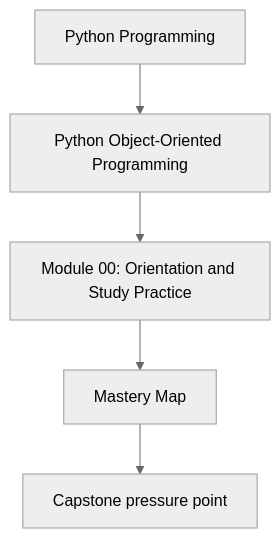
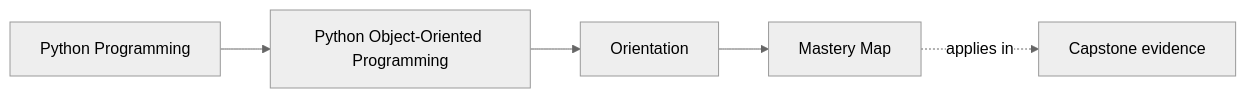
The first of 2 diagrams in programs/python-programming/python-object-oriented-programming/course-book/module-00-orientation/mastery-map.md (bijux/bijux-masterclass), drawn with Mermaid (neutral theme) before and after one commit. The commit also changed other lines of this file and 65 other files, not shown here.

Commit message:
docs(python-object-oriented-programming): map object model and design foundations

````diff
--- a/programs/python-programming/python-object-oriented-programming/course-book/module-00-orientation/mastery-map.md
+++ b/programs/python-programming/python-object-oriented-programming/course-book/module-00-orientation/mastery-map.md
@@ -6,7 +6,11 @@
 ```mermaid
-flowchart TD
-  family["Python Programming"] --> program["Python Object-Oriented Programming"]
-  program --> module["Module 00: Orientation and Study Practice"]
-  module --> concept["Mastery Map"]
-  concept --> capstone["Capstone pressure point"]
+graph LR
+  family["Python Programming"]
+  program["Python Object-Oriented Programming"]
+  section["Orientation"]
+  page["Mastery Map"]
+  capstone["Capstone evidence"]
+
+  family --> program --> section --> page
+  page -.applies in.-> capstone
 ```
````
